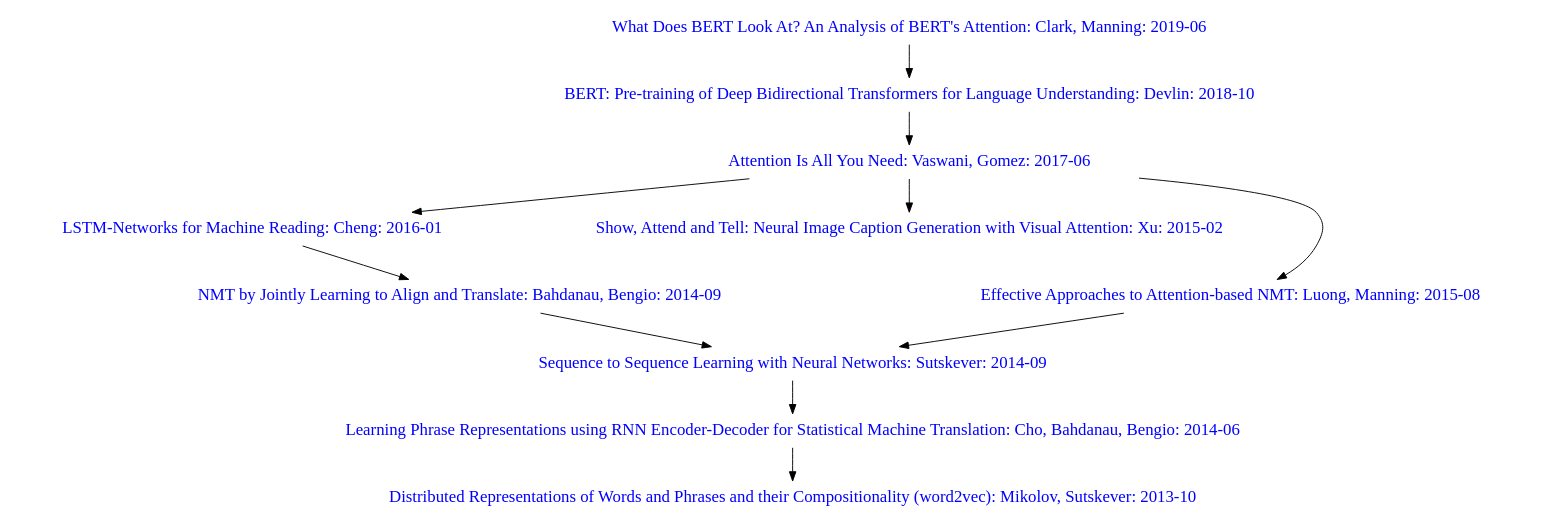
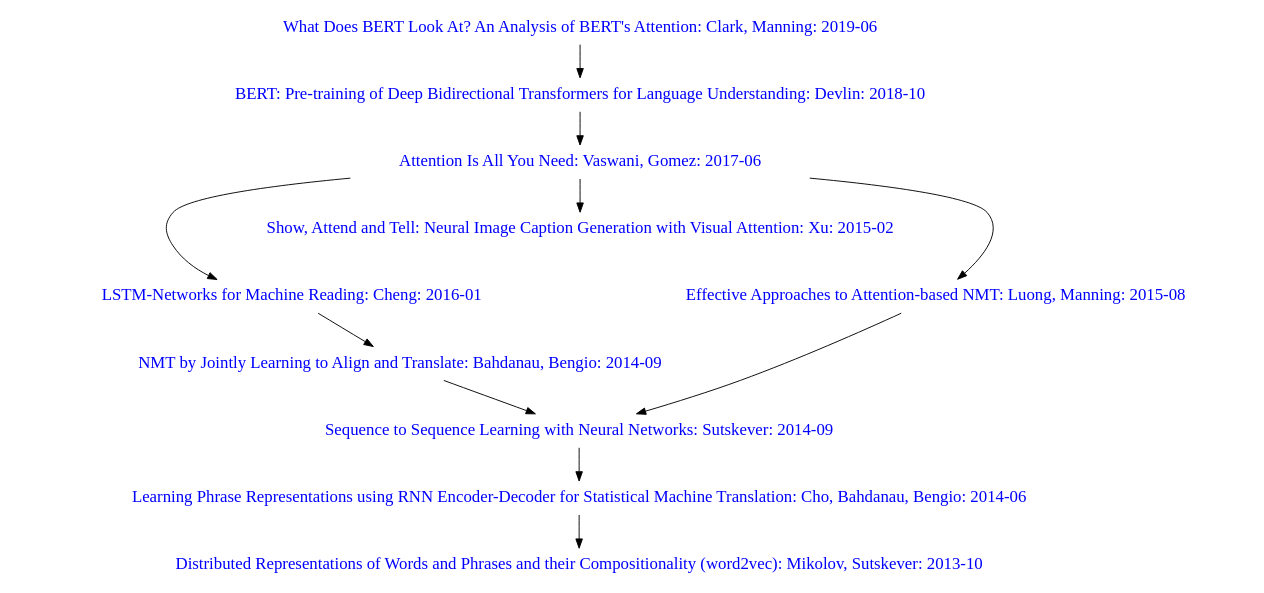
The diagram in jb/tar/notes/attention-history.gv (davidvandebunte/davidvandebunte.gitlab.io), drawn with Graphviz before and after one commit. The commit also changed 1 other file, not shown here.

```diff
--- a/jb/tar/notes/attention-history.gv
+++ b/jb/tar/notes/attention-history.gv
@@ -1,53 +1,54 @@
 digraph mainmap {
   node [shape="none", fontcolor=blue, fontsize=18];
   {
     clark2019 [
       label="What Does BERT Look At? An Analysis of BERT's Attention: Clark, Manning: 2019-06"
       URL="https://arxiv.org/abs/1906.04341"
     ]
     devlin2018 [
       label="BERT: Pre-training of Deep Bidirectional Transformers for Language Understanding: Devlin: 2018-10"
       URL="https://en.wikipedia.org/wiki/BERT_(language_model)"
     ]
     vaswani2017 [
       label="Attention Is All You Need: Vaswani, Gomez: 2017-06"
       URL="https://en.wikipedia.org/wiki/Transformer_(machine_learning_model)"
     ]
     cheng2016 [
       label="LSTM-Networks for Machine Reading: Cheng: 2016-01"
       URL="https://arxiv.org/abs/1601.06733"
     ]
     xu2015 [
       label="Show, Attend and Tell: Neural Image Caption Generation with Visual Attention: Xu: 2015-02"
       URL="https://arxiv.org/abs/1502.03044"
     ]
     luong2015 [
       label="Effective Approaches to Attention-based NMT: Luong, Manning: 2015-08"
       URL="https://arxiv.org/abs/1508.04025"
     ]
     bahdanau2014 [
       label="NMT by Jointly Learning to Align and Translate: Bahdanau, Bengio: 2014-09"
       URL="https://arxiv.org/abs/1409.0473"
     ]
     sutskever2014 [
       label="Sequence to Sequence Learning with Neural Networks: Sutskever: 2014-09"
       URL="https://arxiv.org/abs/1409.3215"
     ]
     cho2014 [
       label="Learning Phrase Representations using RNN Encoder-Decoder for Statistical Machine Translation: Cho, Bahdanau, Bengio: 2014-06"
       URL="https://arxiv.org/abs/1406.1078"
     ]
     mikolov2013 [
       label="Distributed Representations of Words and Phrases and their Compositionality (word2vec): Mikolov, Sutskever: 2013-10"
       URL="https://arxiv.org/abs/1310.4546"
     ]
   }
   clark2019 -> devlin2018;
   devlin2018 -> vaswani2017;
-  vaswani2017 -> {cheng2016 xu2015 luong2015};
+  vaswani2017 -> {xu2015 luong2015};
+  vaswani2017 -> cheng2016 [minlen=2];
   luong2015 -> sutskever2014;
   cheng2016 -> bahdanau2014;
   bahdanau2014 -> sutskever2014;
   sutskever2014 -> cho2014;
   cho2014 -> mikolov2013;
 }
```
